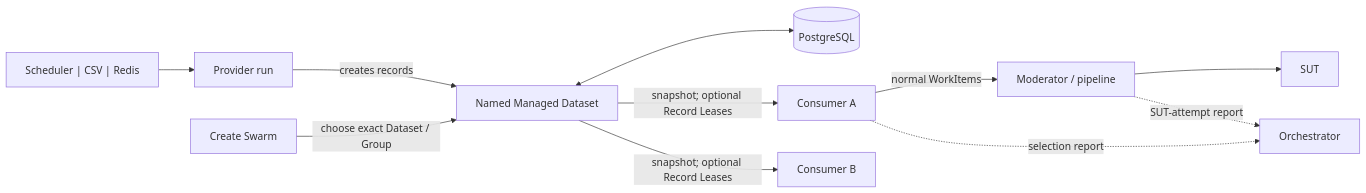
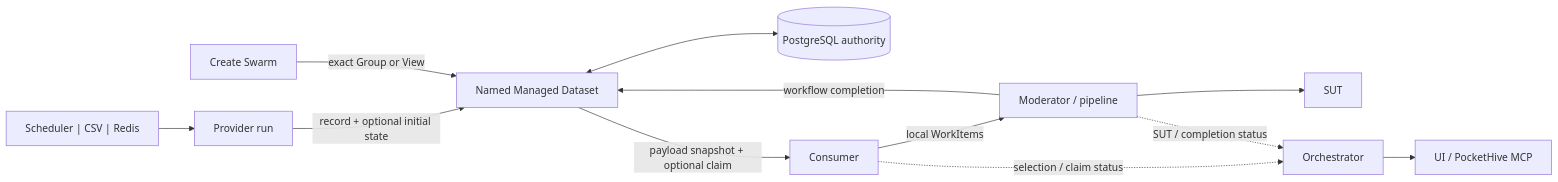
The diagram in docs/inProgress/managed-datasets-team-overview-plain-language.md (sepa79/PocketHive), drawn with Mermaid before and after one commit. The commit also changed other lines of this file and 2 other files, not shown here.

````diff
--- a/docs/inProgress/managed-datasets-team-overview-plain-language.md
+++ b/docs/inProgress/managed-datasets-team-overview-plain-language.md
@@ -96,13 +104,14 @@
 ```mermaid
 flowchart LR
   PS["Scheduler | CSV | Redis"] --> P["Provider run"]
-  P -->|"creates records"| D["Named Managed Dataset"]
-  D <--> PG[("PostgreSQL")]
-  CS["Create Swarm"] -->|"choose exact Dataset / Group"| D
-  D -->|"snapshot; optional Record Leases"| A["Consumer A"]
-  D -->|"snapshot; optional Record Leases"| B["Consumer B"]
-  A -->|"normal WorkItems"| M["Moderator / pipeline"]
+  P -->|"record + optional initial state"| D["Named Managed Dataset"]
+  D <--> PG[("PostgreSQL authority")]
+  CS["Create Swarm"] -->|"exact Group or View"| D
+  D -->|"payload snapshot + optional claim"| C["Consumer"]
+  C -->|"local WorkItems"| M["Moderator / pipeline"]
   M --> S["SUT"]
-  A -.->|"selection report"| O["Orchestrator"]
-  M -.->|"SUT-attempt report"| O
+  M -->|"workflow completion"| D
+  C -.->|"selection / claim status"| O["Orchestrator"]
+  M -.->|"SUT / completion status"| O
+  O --> U["UI / PocketHive MCP"]
 ```
````
